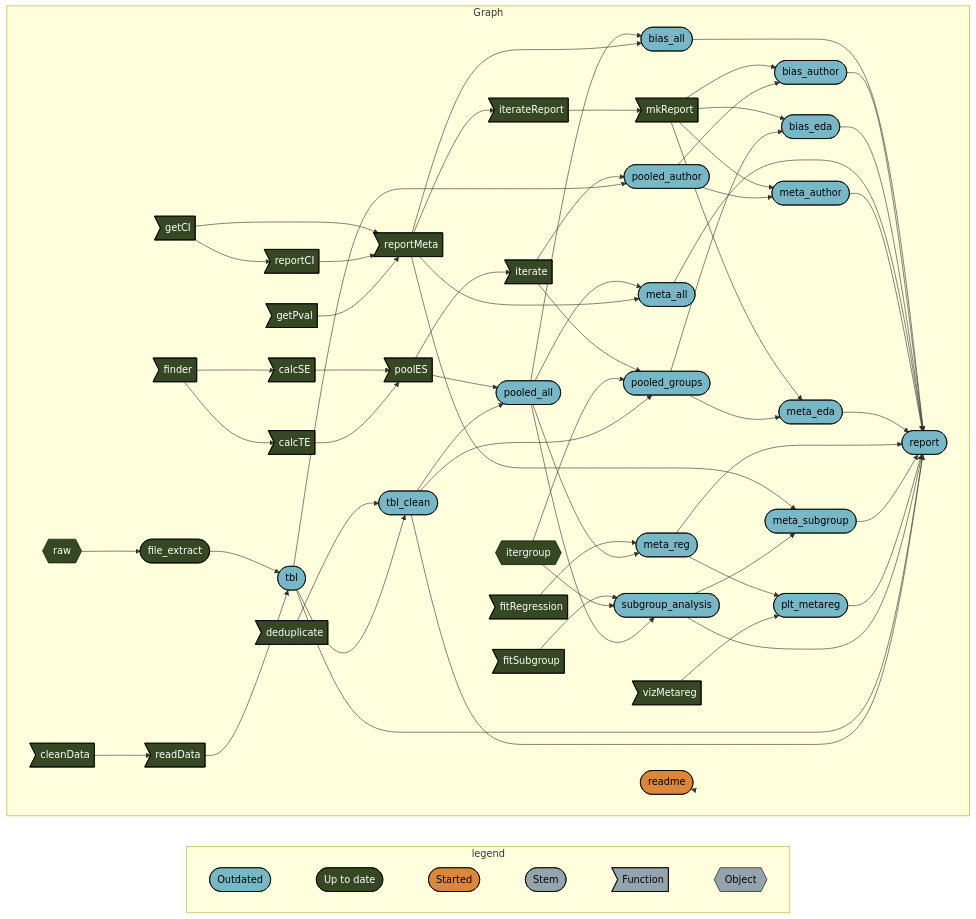
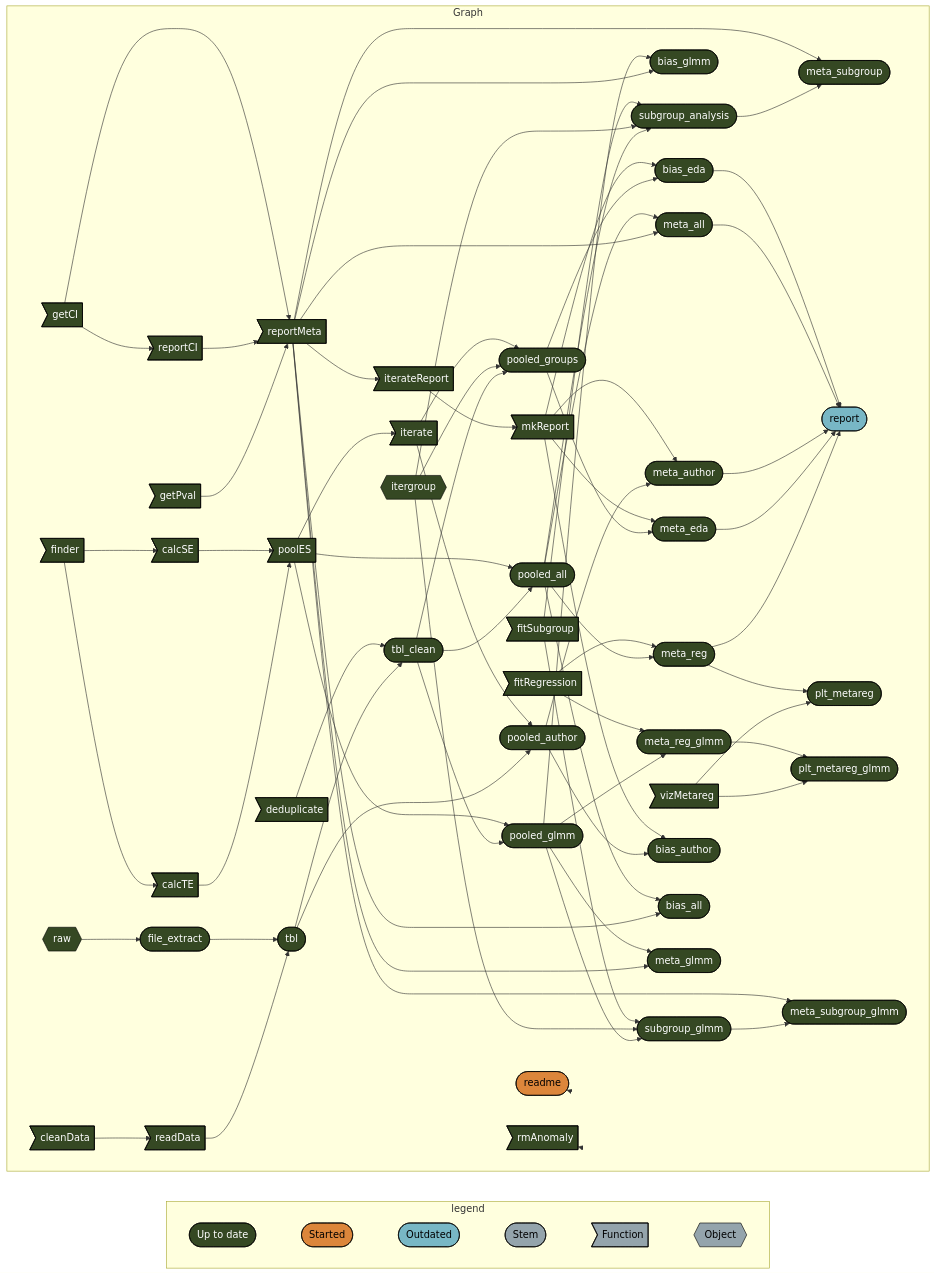
One commit to namakala/depression-in-t2dm changed the diagram in README.md. Above: the diagram before and after it, drawn with Mermaid. The commit also changed other lines of this file and 2 other files, not shown here.

Commit message:
Correct error when rendering the report

````diff
--- a/README.md
+++ b/README.md
@@ -51,9 +55,9 @@
 graph LR
   subgraph legend
     direction LR
-    x0a52b03877696646([""Outdated""]):::outdated --- x7420bd9270f8d27d([""Up to date""]):::uptodate
     x7420bd9270f8d27d([""Up to date""]):::uptodate --- x5b3426b4c7fa7dbc([""Started""]):::started
-    x5b3426b4c7fa7dbc([""Started""]):::started --- xbf4603d6c2c2ad6b([""Stem""]):::none
+    x5b3426b4c7fa7dbc([""Started""]):::started --- x0a52b03877696646([""Outdated""]):::outdated
+    x0a52b03877696646([""Outdated""]):::outdated --- xbf4603d6c2c2ad6b([""Stem""]):::none
     xbf4603d6c2c2ad6b([""Stem""]):::none --- xf0bce276fe2b9d3e>""Function""]:::none
     xf0bce276fe2b9d3e>""Function""]:::none --- x5bffbffeae195fc9{{""Object""}}:::none
   end
@@ -71,61 +75,71 @@
     x2405da16054f81ad>"calcSE"]:::uptodate --> x19d56b95df0a7e85>"poolES"]:::uptodate
     x8a64dc026076b147>"calcTE"]:::uptodate --> x19d56b95df0a7e85>"poolES"]:::uptodate
     x97296012062236b1>"getPval"]:::uptodate --> x275ceffe01854d89>"reportMeta"]:::uptodate
-    xee61ab83b7d675c1>"iterate"]:::uptodate --> x631988a8d3d85fb3(["pooled_author"]):::outdated
-    xe797a538520c914d(["tbl"]):::outdated --> x631988a8d3d85fb3(["pooled_author"]):::outdated
-    x543688e28a1fc6f2>"fitSubgroup"]:::uptodate --> x97078af44030bc70(["subgroup_analysis"]):::outdated
-    xe37aeeab4f19d257{{"itergroup"}}:::uptodate --> x97078af44030bc70(["subgroup_analysis"]):::outdated
-    x0c55547544d10beb(["pooled_all"]):::outdated --> x97078af44030bc70(["subgroup_analysis"]):::outdated
-    x4cfdc4b8ffc0833b>"deduplicate"]:::uptodate --> x07c0a25d8d1269ae(["tbl_clean"]):::outdated
-    xe797a538520c914d(["tbl"]):::outdated --> x07c0a25d8d1269ae(["tbl_clean"]):::outdated
-    x0c55547544d10beb(["pooled_all"]):::outdated --> x1da53b9024b2e84a(["bias_all"]):::outdated
-    x275ceffe01854d89>"reportMeta"]:::uptodate --> x1da53b9024b2e84a(["bias_all"]):::outdated
-    x0c55547544d10beb(["pooled_all"]):::outdated --> x430992bea01a7746(["meta_all"]):::outdated
-    x275ceffe01854d89>"reportMeta"]:::uptodate --> x430992bea01a7746(["meta_all"]):::outdated
-    x1da53b9024b2e84a(["bias_all"]):::outdated --> xe0fba61fbc506510(["report"]):::outdated
-    x8258980e0682878d(["bias_author"]):::outdated --> xe0fba61fbc506510(["report"]):::outdated
-    x7cddcc2458aa2f2a(["bias_eda"]):::outdated --> xe0fba61fbc506510(["report"]):::outdated
-    x430992bea01a7746(["meta_all"]):::outdated --> xe0fba61fbc506510(["report"]):::outdated
-    x2e9a38145b3ac661(["meta_author"]):::outdated --> xe0fba61fbc506510(["report"]):::outdated
-    x9779f797366ec5b8(["meta_eda"]):::outdated --> xe0fba61fbc506510(["report"]):::outdated
-    x3b47b6779afe85cb(["meta_reg"]):::outdated --> xe0fba61fbc506510(["report"]):::outdated
-    xaf0034ed7fb04a01(["meta_subgroup"]):::outdated --> xe0fba61fbc506510(["report"]):::outdated
-    x85d32e8dea63783a(["plt_metareg"]):::outdated --> xe0fba61fbc506510(["report"]):::outdated
-    x97078af44030bc70(["subgroup_analysis"]):::outdated --> xe0fba61fbc506510(["report"]):::outdated
-    xe797a538520c914d(["tbl"]):::outdated --> xe0fba61fbc506510(["report"]):::outdated
-    x07c0a25d8d1269ae(["tbl_clean"]):::outdated --> xe0fba61fbc506510(["report"]):::outdated
-    xe507bce80d611fab>"mkReport"]:::uptodate --> x8258980e0682878d(["bias_author"]):::outdated
-    x631988a8d3d85fb3(["pooled_author"]):::outdated --> x8258980e0682878d(["bias_author"]):::outdated
-    xe507bce80d611fab>"mkReport"]:::uptodate --> x9779f797366ec5b8(["meta_eda"]):::outdated
-    x5622303d0fb3e0ca(["pooled_groups"]):::outdated --> x9779f797366ec5b8(["meta_eda"]):::outdated
-    xe507bce80d611fab>"mkReport"]:::uptodate --> x2e9a38145b3ac661(["meta_author"]):::outdated
-    x631988a8d3d85fb3(["pooled_author"]):::outdated --> x2e9a38145b3ac661(["meta_author"]):::outdated
-    x275ceffe01854d89>"reportMeta"]:::uptodate --> xaf0034ed7fb04a01(["meta_subgroup"]):::outdated
-    x97078af44030bc70(["subgroup_analysis"]):::outdated --> xaf0034ed7fb04a01(["meta_subgroup"]):::outdated
-    xe507bce80d611fab>"mkReport"]:::uptodate --> x7cddcc2458aa2f2a(["bias_eda"]):::outdated
-    x5622303d0fb3e0ca(["pooled_groups"]):::outdated --> x7cddcc2458aa2f2a(["bias_eda"]):::outdated
-    x3b47b6779afe85cb(["meta_reg"]):::outdated --> x85d32e8dea63783a(["plt_metareg"]):::outdated
-    xb8df53a3923736a6>"vizMetareg"]:::uptodate --> x85d32e8dea63783a(["plt_metareg"]):::outdated
+    x543688e28a1fc6f2>"fitSubgroup"]:::uptodate --> x20d407903515e4c8(["subgroup_glmm"]):::uptodate
+    xe37aeeab4f19d257{{"itergroup"}}:::uptodate --> x20d407903515e4c8(["subgroup_glmm"]):::uptodate
+    x2f8e058a4c200eca(["pooled_glmm"]):::uptodate --> x20d407903515e4c8(["subgroup_glmm"]):::uptodate
+    x2f8e058a4c200eca(["pooled_glmm"]):::uptodate --> x7435453e09723b05(["bias_glmm"]):::uptodate
+    x275ceffe01854d89>"reportMeta"]:::uptodate --> x7435453e09723b05(["bias_glmm"]):::uptodate
+    x6cab7297675953ab>"fitRegression"]:::uptodate --> x43a0cd95af269145(["meta_reg_glmm"]):::uptodate
+    x2f8e058a4c200eca(["pooled_glmm"]):::uptodate --> x43a0cd95af269145(["meta_reg_glmm"]):::uptodate
+    x19d56b95df0a7e85>"poolES"]:::uptodate --> x0c55547544d10beb(["pooled_all"]):::uptodate
+    x07c0a25d8d1269ae(["tbl_clean"]):::uptodate --> x0c55547544d10beb(["pooled_all"]):::uptodate
+    xe507bce80d611fab>"mkReport"]:::uptodate --> x7cddcc2458aa2f2a(["bias_eda"]):::uptodate
+    x5622303d0fb3e0ca(["pooled_groups"]):::uptodate --> x7cddcc2458aa2f2a(["bias_eda"]):::uptodate
+    x275ceffe01854d89>"reportMeta"]:::uptodate --> xaf0034ed7fb04a01(["meta_subgroup"]):::uptodate
+    x97078af44030bc70(["subgroup_analysis"]):::uptodate --> xaf0034ed7fb04a01(["meta_subgroup"]):::uptodate
+    xee61ab83b7d675c1>"iterate"]:::uptodate --> x631988a8d3d85fb3(["pooled_author"]):::uptodate
+    xe797a538520c914d(["tbl"]):::uptodate --> x631988a8d3d85fb3(["pooled_author"]):::uptodate
+    x948809345d27ea2b(["file_extract"]):::uptodate --> xe797a538520c914d(["tbl"]):::uptodate
+    xb4a3d4a2fc7bb7d2>"readData"]:::uptodate --> xe797a538520c914d(["tbl"]):::uptodate
+    x6cab7297675953ab>"fitRegression"]:::uptodate --> x3b47b6779afe85cb(["meta_reg"]):::uptodate
+    x0c55547544d10beb(["pooled_all"]):::uptodate --> x3b47b6779afe85cb(["meta_reg"]):::uptodate
+    x4cfdc4b8ffc0833b>"deduplicate"]:::uptodate --> x07c0a25d8d1269ae(["tbl_clean"]):::uptodate
+    xe797a538520c914d(["tbl"]):::uptodate --> x07c0a25d8d1269ae(["tbl_clean"]):::uptodate
+    xee61ab83b7d675c1>"iterate"]:::uptodate --> x5622303d0fb3e0ca(["pooled_groups"]):::uptodate
+    xe37aeeab4f19d257{{"itergroup"}}:::uptodate --> x5622303d0fb3e0ca(["pooled_groups"]):::uptodate
+    x07c0a25d8d1269ae(["tbl_clean"]):::uptodate --> x5622303d0fb3e0ca(["pooled_groups"]):::uptodate
+    x7cddcc2458aa2f2a(["bias_eda"]):::uptodate --> xe0fba61fbc506510(["report"]):::outdated
+    x430992bea01a7746(["meta_all"]):::uptodate --> xe0fba61fbc506510(["report"]):::outdated
+    x2e9a38145b3ac661(["meta_author"]):::uptodate --> xe0fba61fbc506510(["report"]):::outdated
+    x9779f797366ec5b8(["meta_eda"]):::uptodate --> xe0fba61fbc506510(["report"]):::outdated
+    x3b47b6779afe85cb(["meta_reg"]):::uptodate --> xe0fba61fbc506510(["report"]):::outdated
+    x3b47b6779afe85cb(["meta_reg"]):::uptodate --> x85d32e8dea63783a(["plt_metareg"]):::uptodate
+    xb8df53a3923736a6>"vizMetareg"]:::uptodate --> x85d32e8dea63783a(["plt_metareg"]):::uptodate
+    xe507bce80d611fab>"mkReport"]:::uptodate --> x8258980e0682878d(["bias_author"]):::uptodate
+    x631988a8d3d85fb3(["pooled_author"]):::uptodate --> x8258980e0682878d(["bias_author"]):::uptodate
+    x19d56b95df0a7e85>"poolES"]:::uptodate --> x2f8e058a4c200eca(["pooled_glmm"]):::uptodate
+    x07c0a25d8d1269ae(["tbl_clean"]):::uptodate --> x2f8e058a4c200eca(["pooled_glmm"]):::uptodate
+    xe507bce80d611fab>"mkReport"]:::uptodate --> x9779f797366ec5b8(["meta_eda"]):::uptodate
+    x5622303d0fb3e0ca(["pooled_groups"]):::uptodate --> x9779f797366ec5b8(["meta_eda"]):::uptodate
+    x0c55547544d10beb(["pooled_all"]):::uptodate --> x1da53b9024b2e84a(["bias_all"]):::uptodate
+    x275ceffe01854d89>"reportMeta"]:::uptodate --> x1da53b9024b2e84a(["bias_all"]):::uptodate
+    x43a0cd95af269145(["meta_reg_glmm"]):::uptodate --> xacc055f19d077ef7(["plt_metareg_glmm"]):::uptodate
+    xb8df53a3923736a6>"vizMetareg"]:::uptodate --> xacc055f19d077ef7(["plt_metareg_glmm"]):::uptodate
+    x275ceffe01854d89>"reportMeta"]:::uptodate --> x8f6d13cb7c3e85ba(["meta_subgroup_glmm"]):::uptodate
+    x20d407903515e4c8(["subgroup_glmm"]):::uptodate --> x8f6d13cb7c3e85ba(["meta_subgroup_glmm"]):::uptodate
+    x2f8e058a4c200eca(["pooled_glmm"]):::uptodate --> x372094126e882570(["meta_glmm"]):::uptodate
+    x275ceffe01854d89>"reportMeta"]:::uptodate --> x372094126e882570(["meta_glmm"]):::uptodate
+    x0c55547544d10beb(["pooled_all"]):::uptodate --> x430992bea01a7746(["meta_all"]):::uptodate
+    x275ceffe01854d89>"reportMeta"]:::uptodate --> x430992bea01a7746(["meta_all"]):::uptodate
     x67be920e14d52a62{{"raw"}}:::uptodate --> x948809345d27ea2b(["file_extract"]):::uptodate
-    x6cab7297675953ab>"fitRegression"]:::uptodate --> x3b47b6779afe85cb(["meta_reg"]):::outdated
-    x0c55547544d10beb(["pooled_all"]):::outdated --> x3b47b6779afe85cb(["meta_reg"]):::outdated
-    x19d56b95df0a7e85>"poolES"]:::uptodate --> x0c55547544d10beb(["pooled_all"]):::outdated
-    x07c0a25d8d1269ae(["tbl_clean"]):::outdated --> x0c55547544d10beb(["pooled_all"]):::outdated
-    x948809345d27ea2b(["file_extract"]):::uptodate --> xe797a538520c914d(["tbl"]):::outdated
-    xb4a3d4a2fc7bb7d2>"readData"]:::uptodate --> xe797a538520c914d(["tbl"]):::outdated
-    xee61ab83b7d675c1>"iterate"]:::uptodate --> x5622303d0fb3e0ca(["pooled_groups"]):::outdated
-    xe37aeeab4f19d257{{"itergroup"}}:::uptodate --> x5622303d0fb3e0ca(["pooled_groups"]):::outdated
-    x07c0a25d8d1269ae(["tbl_clean"]):::outdated --> x5622303d0fb3e0ca(["pooled_groups"]):::outdated
+    xe507bce80d611fab>"mkReport"]:::uptodate --> x2e9a38145b3ac661(["meta_author"]):::uptodate
+    x631988a8d3d85fb3(["pooled_author"]):::uptodate --> x2e9a38145b3ac661(["meta_author"]):::uptodate
+    x543688e28a1fc6f2>"fitSubgroup"]:::uptodate --> x97078af44030bc70(["subgroup_analysis"]):::uptodate
+    xe37aeeab4f19d257{{"itergroup"}}:::uptodate --> x97078af44030bc70(["subgroup_analysis"]):::uptodate
+    x0c55547544d10beb(["pooled_all"]):::uptodate --> x97078af44030bc70(["subgroup_analysis"]):::uptodate
     x6e52cb0f1668cc22(["readme"]):::started --> x6e52cb0f1668cc22(["readme"]):::started
+    x2e036cbf71f1ed8e>"rmAnomaly"]:::uptodate --> x2e036cbf71f1ed8e>"rmAnomaly"]:::uptodate
   end
-  classDef outdated stroke:#000000,color:#000000,fill:#78B7C5;
   classDef uptodate stroke:#000000,color:#ffffff,fill:#354823;
   classDef started stroke:#000000,color:#000000,fill:#DC863B;
+  classDef outdated stroke:#000000,color:#000000,fill:#78B7C5;
   classDef none stroke:#000000,color:#000000,fill:#94a4ac;
   linkStyle 0 stroke-width:0px;
   linkStyle 1 stroke-width:0px;
   linkStyle 2 stroke-width:0px;
   linkStyle 3 stroke-width:0px;
   linkStyle 4 stroke-width:0px;
-  linkStyle 62 stroke-width:0px;
+  linkStyle 70 stroke-width:0px;
+  linkStyle 71 stroke-width:0px;
 ```
````
